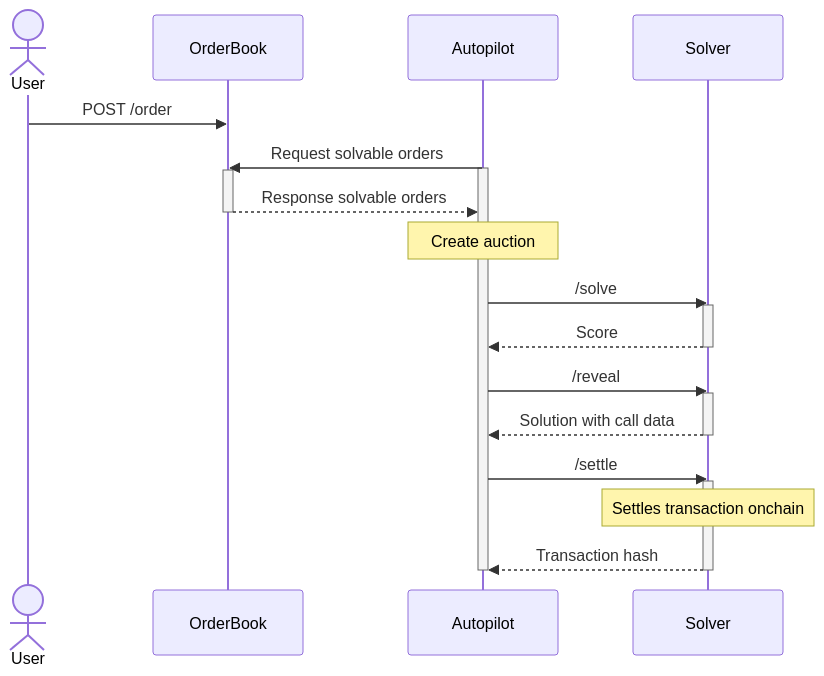
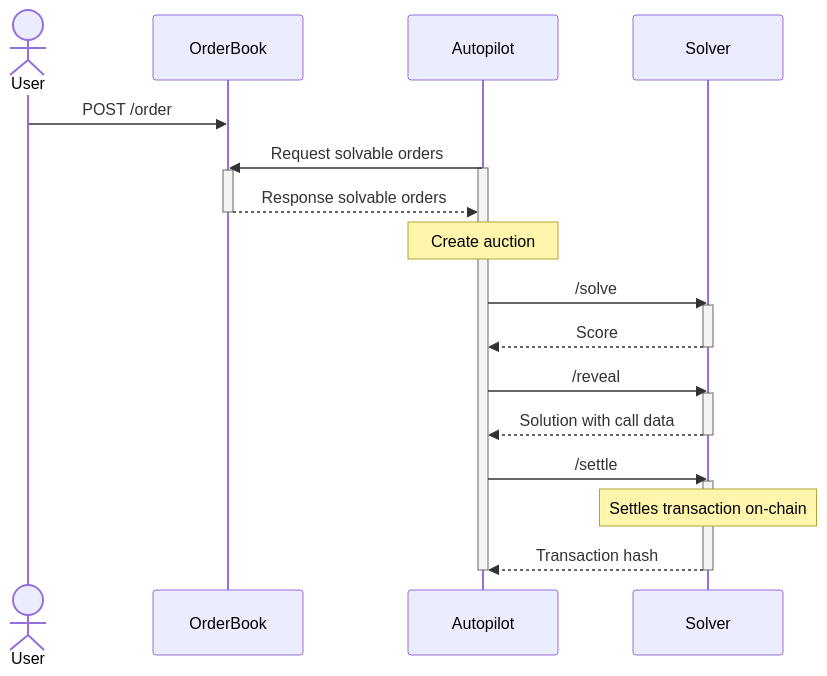
One commit to cowprotocol/docs changed the diagram in docs/cow-protocol/tutorials/arbitrate/README.mdx. Above: the diagram before and after it, drawn with Mermaid. The commit also changed 2 other files, not shown here.

Commit message:
chore: off-chain and on-chain

````diff
--- a/docs/cow-protocol/tutorials/arbitrate/README.mdx
+++ b/docs/cow-protocol/tutorials/arbitrate/README.mdx
@@ -9,29 +9,29 @@
 ```mermaid
 sequenceDiagram
     actor User
     participant OrderBook
     participant Autopilot
     participant Solver
 
     User->>OrderBook: POST /order
     Autopilot->>OrderBook: Request solvable orders
     activate Autopilot
     activate OrderBook
     OrderBook-->>Autopilot: Response solvable orders
     deactivate OrderBook
     Note over Autopilot: Create auction
     Autopilot->>Solver: /solve
     activate Solver
     Solver-->>Autopilot: Score
     deactivate Solver
     Autopilot->>Solver: /reveal
     activate Solver
     Solver-->>Autopilot: Solution with call data
     deactivate Solver
     Autopilot->>Solver: /settle
     activate Solver
-    Note over Solver: Settles transaction onchain
+    Note over Solver: Settles transaction on-chain
     Solver-->>Autopilot: Transaction hash
     deactivate Solver
     deactivate Autopilot
 ```
````
